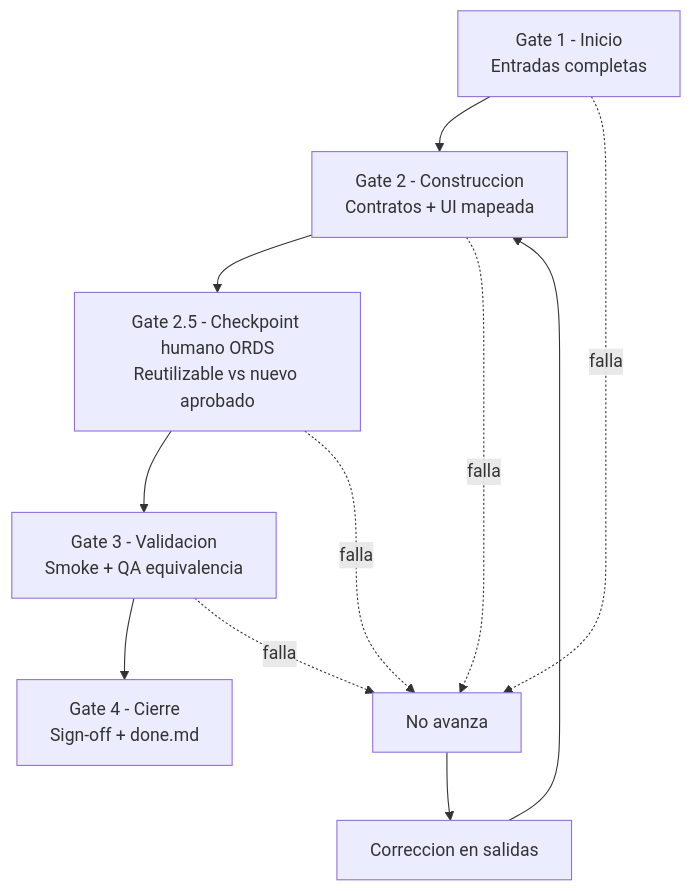
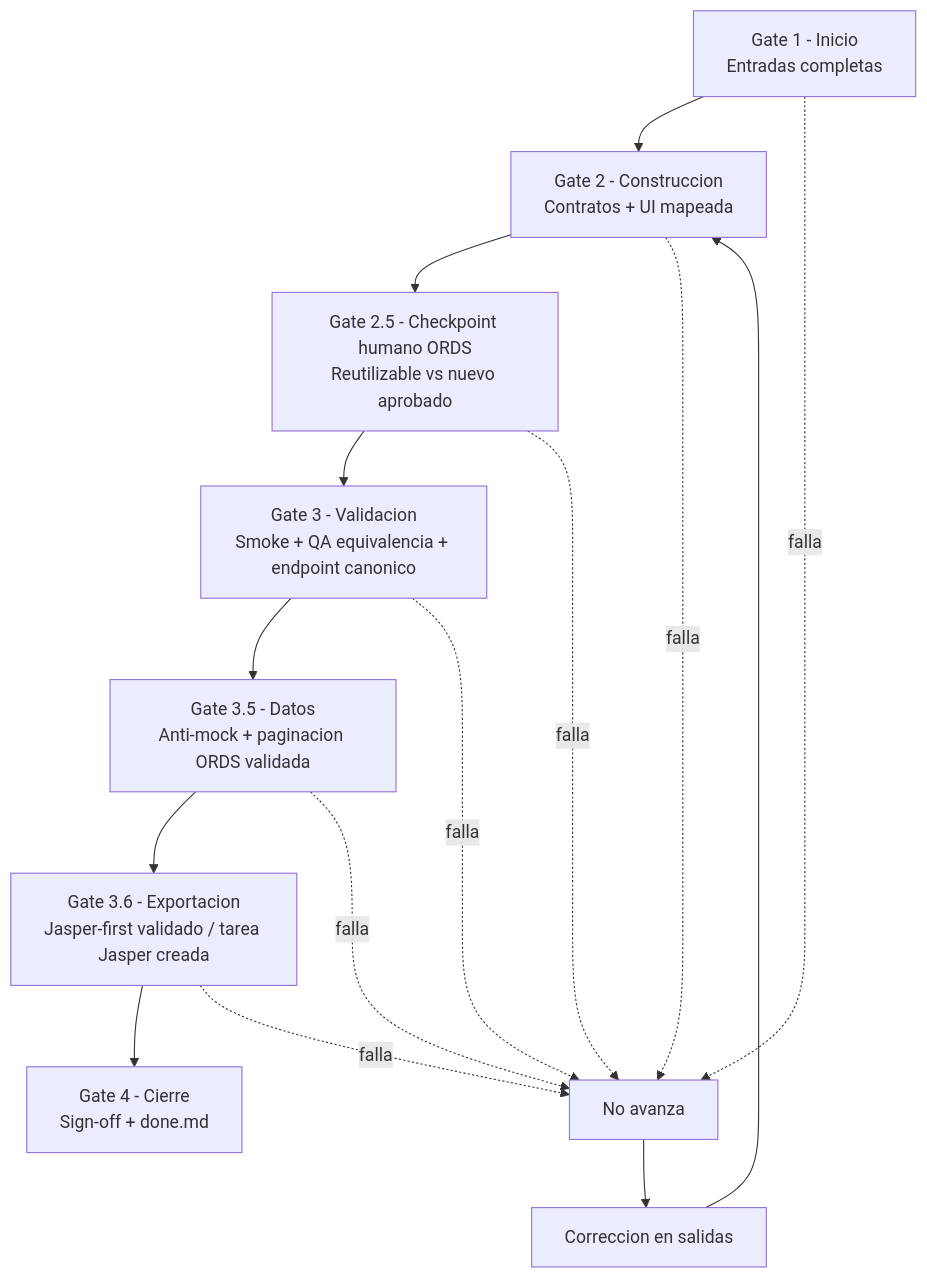
Before and after one commit to Grupo-Humano/migracion-forms-infoplan: the fifth of 5 diagrams in docs/governance/visual-flujo-proyecto.md, drawn with Mermaid. The commit also changed 20 other files, not shown here.

````diff
--- a/docs/governance/visual-flujo-proyecto.md
+++ b/docs/governance/visual-flujo-proyecto.md
@@ -97,14 +97,18 @@
 ```mermaid
 flowchart TD
     G1[Gate 1 - Inicio<br/>Entradas completas] --> G2[Gate 2 - Construccion<br/>Contratos + UI mapeada]
     G2 --> G25[Gate 2.5 - Checkpoint humano ORDS<br/>Reutilizable vs nuevo aprobado]
-    G25 --> G3[Gate 3 - Validacion<br/>Smoke + QA equivalencia]
-    G3 --> G4[Gate 4 - Cierre<br/>Sign-off + done.md]
+    G25 --> G3[Gate 3 - Validacion<br/>Smoke + QA equivalencia + endpoint canonico]
+    G3 --> G35[Gate 3.5 - Datos<br/>Anti-mock + paginacion ORDS validada]
+    G35 --> G36[Gate 3.6 - Exportacion<br/>Jasper-first validado / tarea Jasper creada]
+    G36 --> G4[Gate 4 - Cierre<br/>Sign-off + done.md]
 
     G1 -. falla .-> R1[No avanza]
     G2 -. falla .-> R1
     G25 -. falla .-> R1
+    G35 -. falla .-> R1
+    G36 -. falla .-> R1
     G3 -. falla .-> R1
     R1 --> A1[Correccion en salidas]
     A1 --> G2
 ```
````
